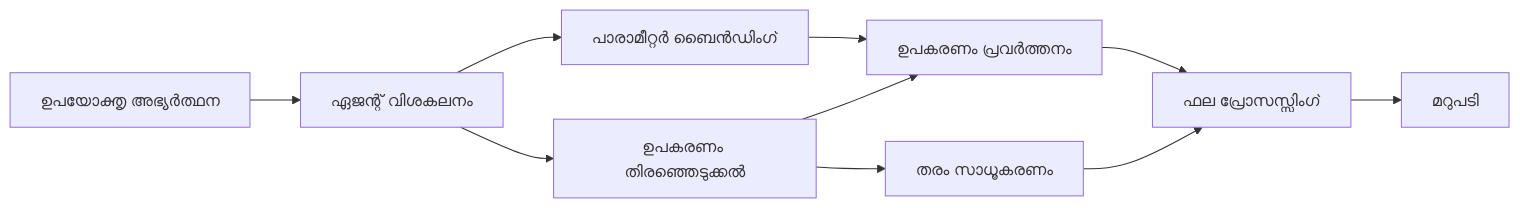
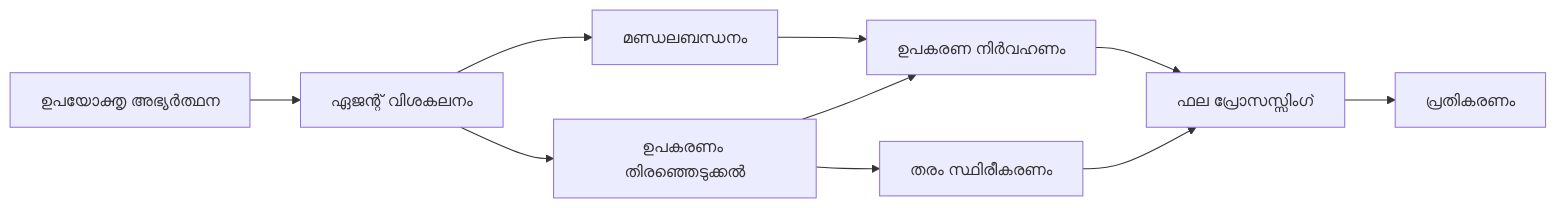
Before and after one commit to microsoft/ai-agents-for-beginners: the diagram in translations/ml/04-tool-use/code_samples/04-dotnet-agent-framework.md, drawn with Mermaid. The commit also changed other lines of this file and 224 other files, not shown here.

````diff
--- a/translations/ml/04-tool-use/code_samples/04-dotnet-agent-framework.md
+++ b/translations/ml/04-tool-use/code_samples/04-dotnet-agent-framework.md
@@ -40,12 +40,12 @@
 ```mermaid
 graph LR
     A[ഉപയോക്തൃ അഭ്യർത്ഥന] --> B[ഏജന്റ് വിശകലനം]
     B --> C[ഉപകരണം തിരഞ്ഞെടുക്കൽ]
-    C --> D[തരം സാധൂകരണം]
-    B --> E[പാരാമീറ്റർ ബൈൻഡിംഗ്]
-    E --> F[ഉപകരണം പ്രവർത്തനം]
+    C --> D[തരം സ്ഥിരീകരണം]
+    B --> E[മണ്ഡലബന്ധനം]
+    E --> F[ഉപകരണ നിർവഹണം]
     C --> F
     F --> G[ഫല പ്രോസസ്സിംഗ്]
     D --> G
-    G --> H[മറുപടി]
-```  
+    G --> H[പ്രതികരണം]
+```
````
